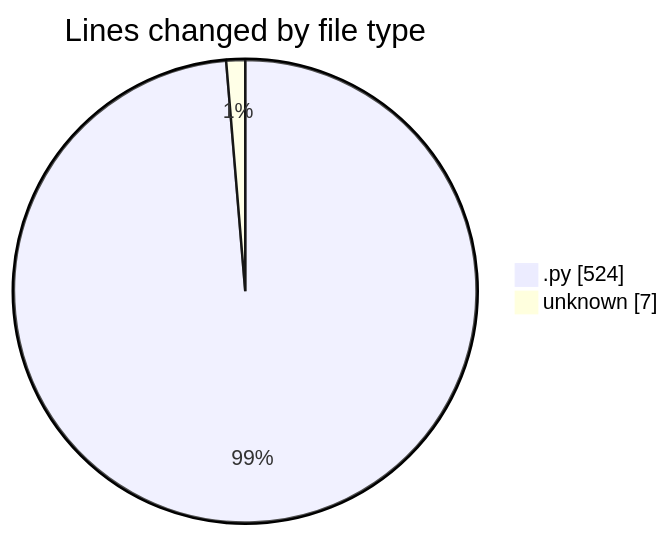
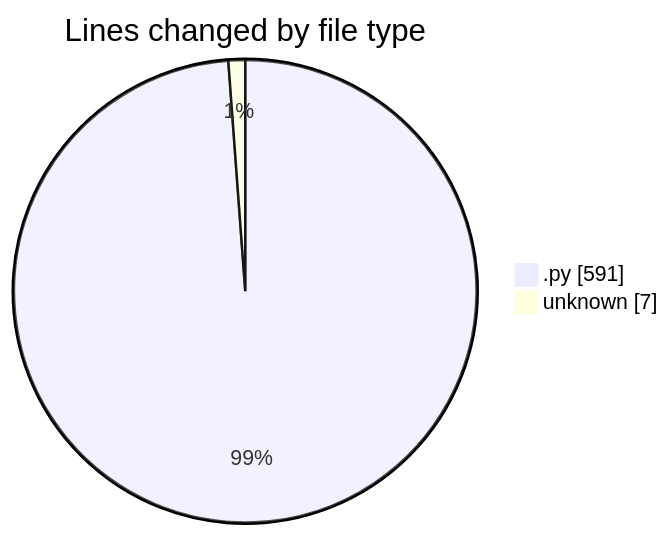
One commit to CELIANVF/code-tracking changed the first of 2 diagrams in 2025-01-21/monteur_automatique/README.md. Above: the diagram before and after it, drawn with Mermaid. The commit also changed other lines of this file and 1 other file, not shown here.

````diff
--- a/2025-01-21/monteur_automatique/README.md
+++ b/2025-01-21/monteur_automatique/README.md
@@ -23,6 +23,6 @@
 ```mermaid
 pie showData
 title Lines changed by file type
-".py" : 524
+".py" : 591
 "unknown" : 7
 ```
````
